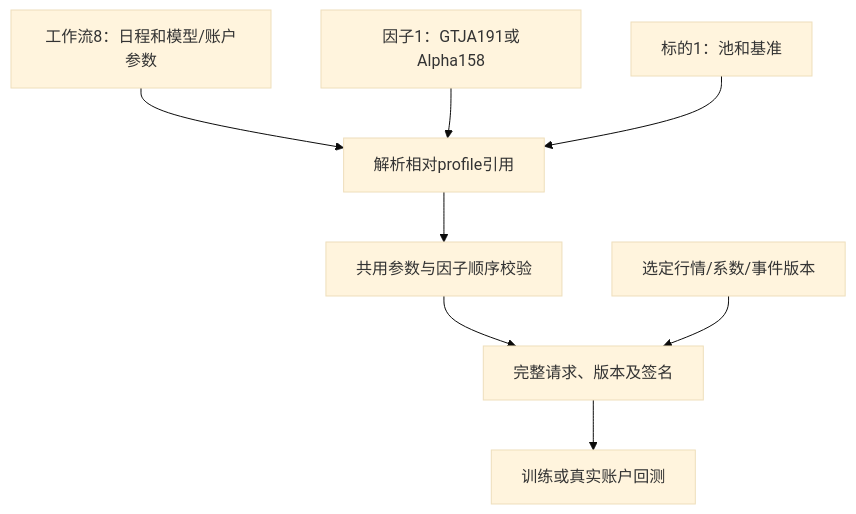
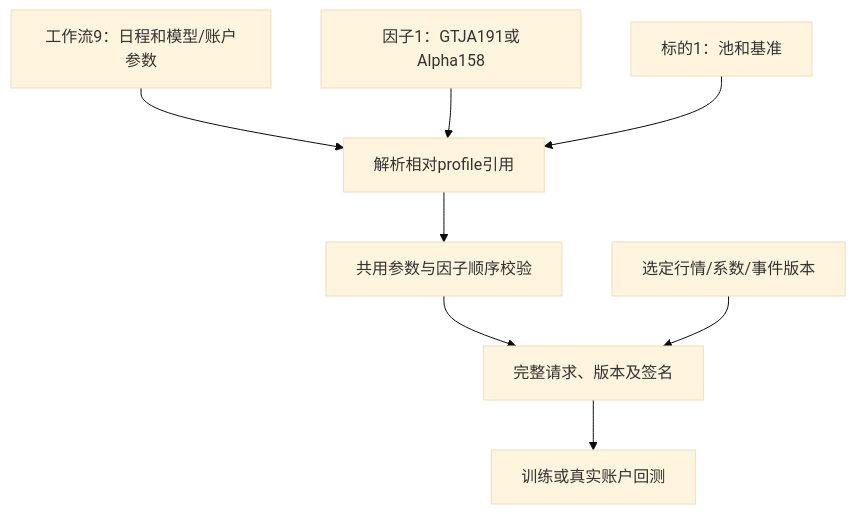
Before and after one commit to Dennishaha/JFQuant: the diagram in crates/workflow/templates/README.md, drawn with Mermaid (base theme). The commit also changed other lines of this file and 78 other files, not shown here.

````diff
--- a/crates/workflow/templates/README.md
+++ b/crates/workflow/templates/README.md
@@ -15,10 +15,10 @@
 ```mermaid
 flowchart TD
-  W[工作流8：日程和模型/账户参数] --> RESOLVE[解析相对profile引用]
+  W[工作流9：日程和模型/账户参数] --> RESOLVE[解析相对profile引用]
   F[因子1：GTJA191或Alpha158] --> RESOLVE
   U[标的1：池和基准] --> RESOLVE
   RESOLVE --> VALIDATE[共用参数与因子顺序校验]
   VALIDATE --> FREEZE[完整请求、版本及签名]
   DATA[选定行情/系数/事件版本] --> FREEZE
   FREEZE --> RUN[训练或真实账户回测]
 ```
````
